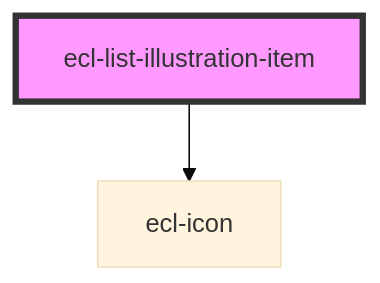
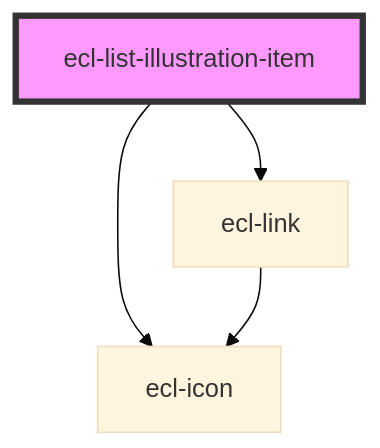
Before and after one commit to ec-europa/ecl-webcomponents: the diagram in src/components/ecl-list-illustration/readme.md, drawn with Mermaid (base theme). The commit also changed other lines of this file and 97 other files, not shown here.

````diff
--- a/src/components/ecl-list-illustration/readme.md
+++ b/src/components/ecl-list-illustration/readme.md
@@ -28,5 +30,7 @@
 ```mermaid
 graph TD;
   ecl-list-illustration-item --> ecl-icon
+  ecl-list-illustration-item --> ecl-link
+  ecl-link --> ecl-icon
   style ecl-list-illustration-item fill:#f9f,stroke:#333,stroke-width:4px
 ```
````
